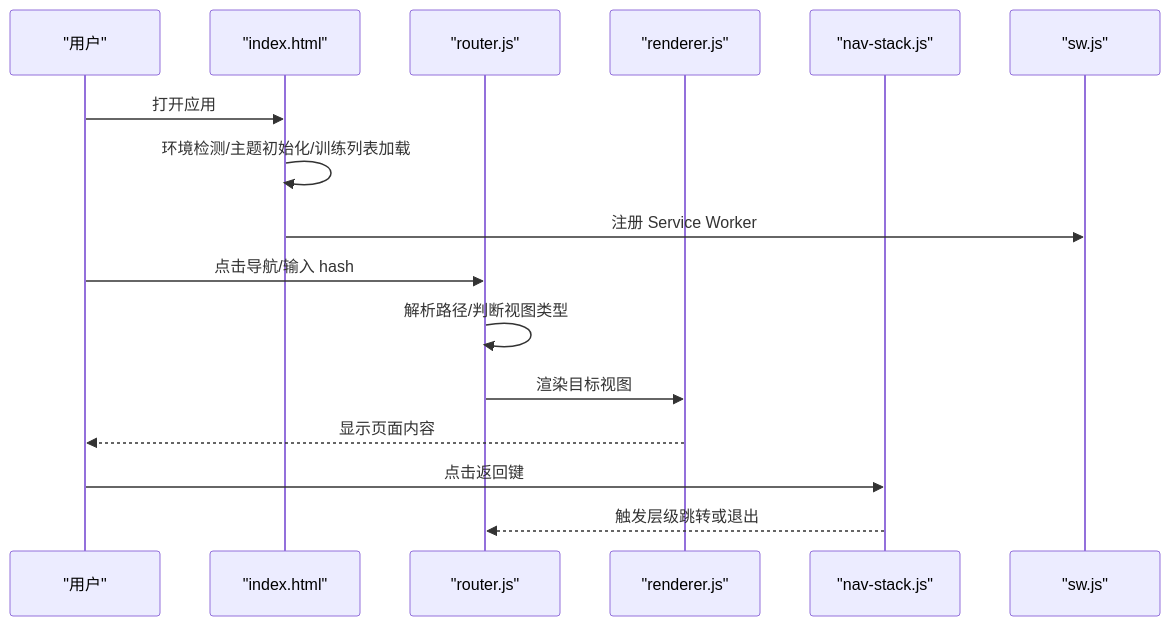
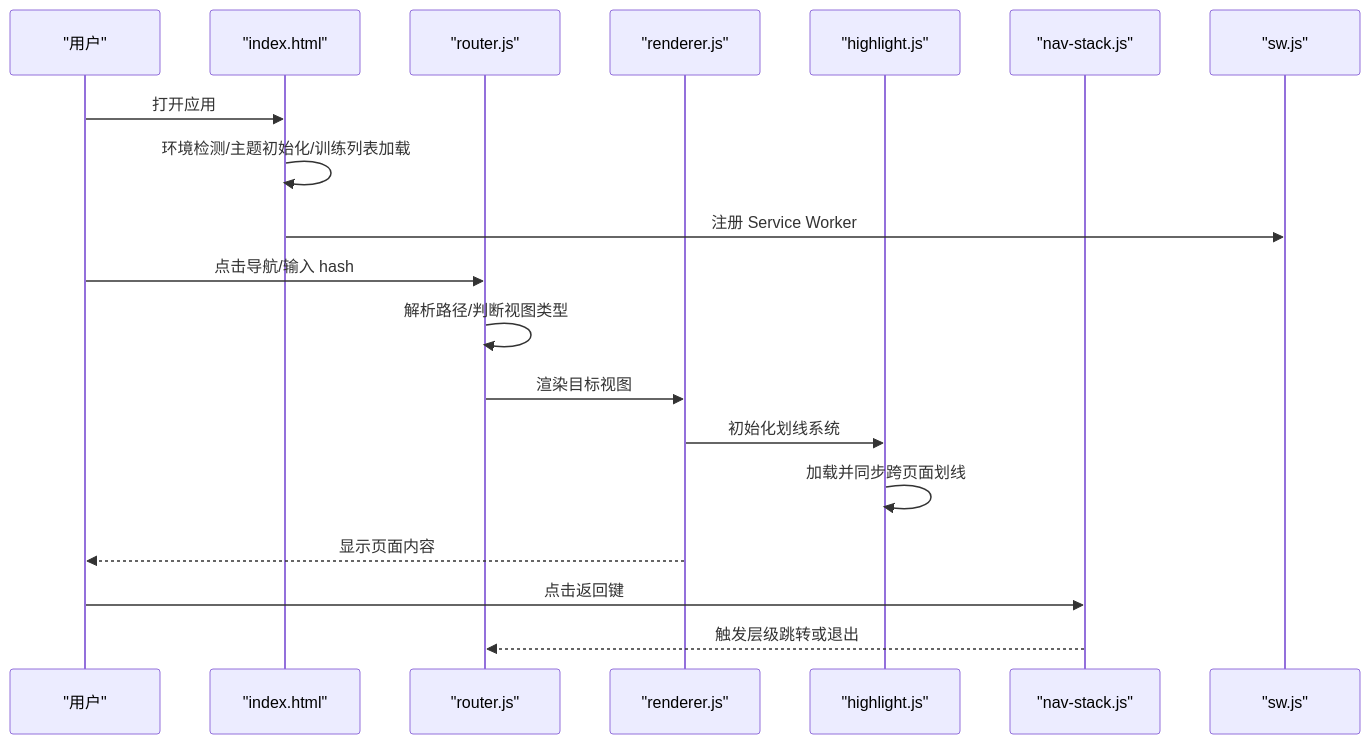
Before and after one commit to zhao-zg/cx: the second of 10 diagrams in .qoder/repowiki/zh/content/高级功能/前端功能.md, drawn with Mermaid. The commit also changed other lines of this file and 48 other files, not shown here.

````diff
--- a/.qoder/repowiki/zh/content/高级功能/前端功能.md
+++ b/.qoder/repowiki/zh/content/高级功能/前端功能.md
@@ -97,18 +109,21 @@
 ```mermaid
 sequenceDiagram
 participant U as "用户"
 participant IDX as "index.html"
 participant R as "router.js"
 participant RN as "renderer.js"
+participant HL as "highlight.js"
 participant NS as "nav-stack.js"
 participant SW as "sw.js"
 U->>IDX : 打开应用
 IDX->>IDX : 环境检测/主题初始化/训练列表加载
 IDX->>SW : 注册 Service Worker
 U->>R : 点击导航/输入 hash
 R->>R : 解析路径/判断视图类型
 R->>RN : 渲染目标视图
+RN->>HL : 初始化划线系统
+HL->>HL : 加载并同步跨页面划线
 RN-->>U : 显示页面内容
 U->>NS : 点击返回键
 NS-->>R : 触发层级跳转或退出
 ```
````
